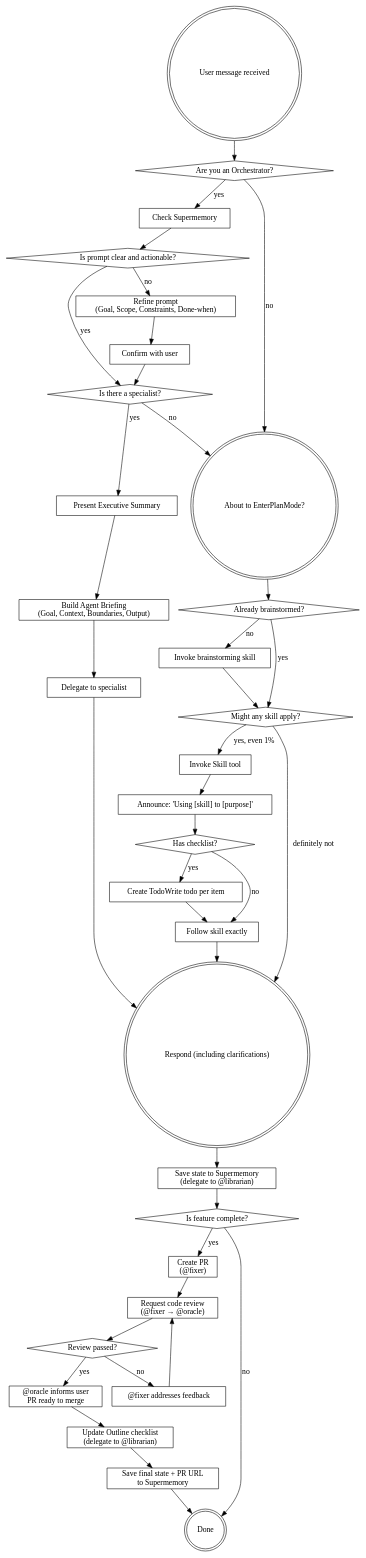
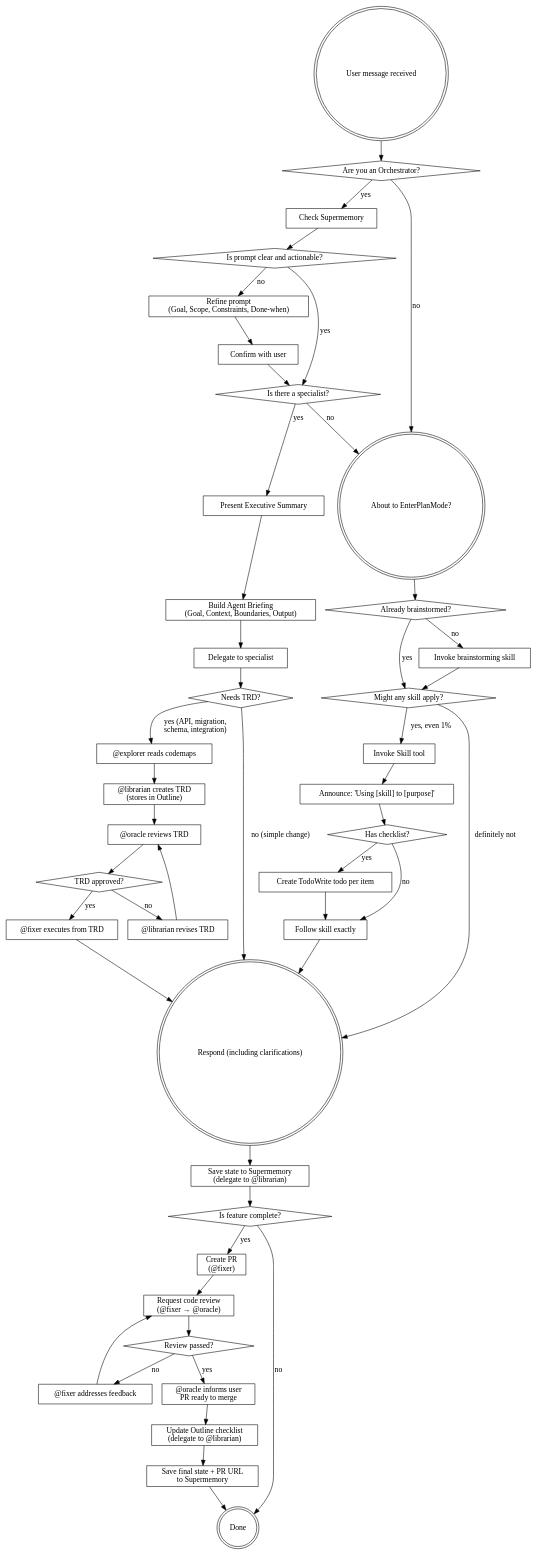
The diagram in skills/using-superpowers/SKILL.md (helmiatwork/superpowers), drawn with Graphviz before and after one commit. The commit also changed other lines of this file and 5 other files, not shown here.

First line of the commit message:
add TRD skill, codemap-first rule, and oracle review-only merge flow

```diff
--- a/skills/using-superpowers/SKILL.md
+++ b/skills/using-superpowers/SKILL.md
@@ -280,6 +343,15 @@
     "Has checklist?" [shape=diamond];
     "Create TodoWrite todo per item" [shape=box];
     "Follow skill exactly" [shape=box];
+
+    // TRD creation (pre-implementation)
+    "Needs TRD?" [shape=diamond];
+    "@explorer reads codemaps" [shape=box];
+    "@librarian creates TRD\n(stores in Outline)" [shape=box];
+    "@oracle reviews TRD" [shape=box];
+    "TRD approved?" [shape=diamond];
+    "@librarian revises TRD" [shape=box];
+    "@fixer executes from TRD" [shape=box];
 
     // Completion
     "Respond (including clarifications)" [shape=doublecircle];
@@ -315,7 +387,18 @@
     "Is there a specialist?" -> "About to EnterPlanMode?" [label="no"];
     "Present Executive Summary" -> "Build Agent Briefing\n(Goal, Context, Boundaries, Output)";
     "Build Agent Briefing\n(Goal, Context, Boundaries, Output)" -> "Delegate to specialist";
-    "Delegate to specialist" -> "Respond (including clarifications)";
+    "Delegate to specialist" -> "Needs TRD?";
+
+    // TRD branch
+    "Needs TRD?" -> "@explorer reads codemaps" [label="yes (API, migration,\nschema, integration)"];
+    "Needs TRD?" -> "Respond (including clarifications)" [label="no (simple change)"];
+    "@explorer reads codemaps" -> "@librarian creates TRD\n(stores in Outline)";
+    "@librarian creates TRD\n(stores in Outline)" -> "@oracle reviews TRD";
+    "@oracle reviews TRD" -> "TRD approved?";
+    "TRD approved?" -> "@fixer executes from TRD" [label="yes"];
+    "TRD approved?" -> "@librarian revises TRD" [label="no"];
+    "@librarian revises TRD" -> "@oracle reviews TRD";
+    "@fixer executes from TRD" -> "Respond (including clarifications)";
 
     // Skill branch
     "About to EnterPlanMode?" -> "Already brainstormed?";
```
